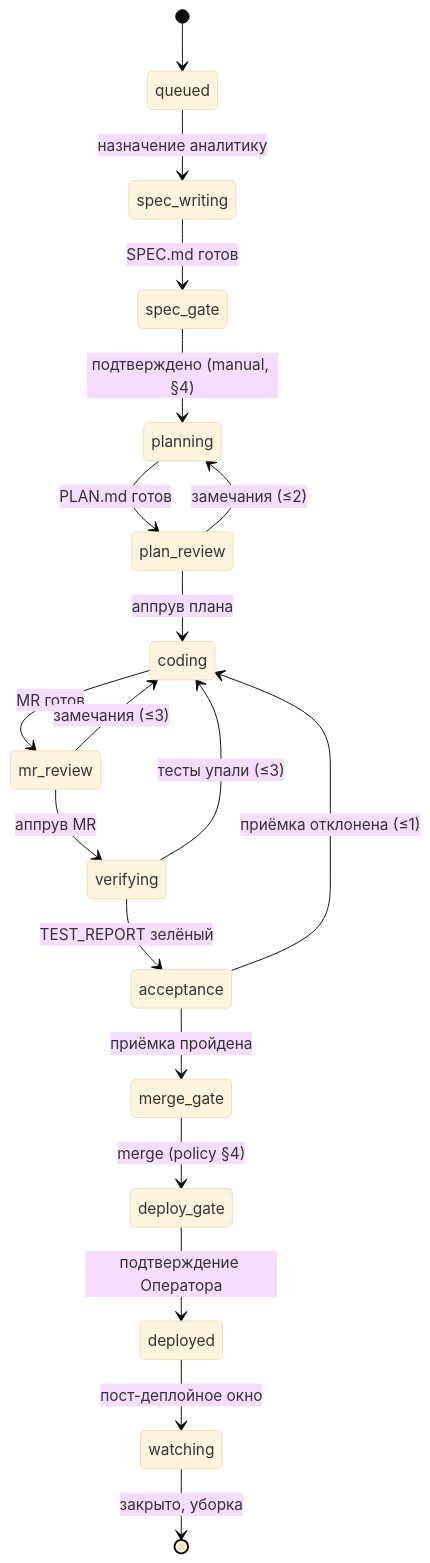
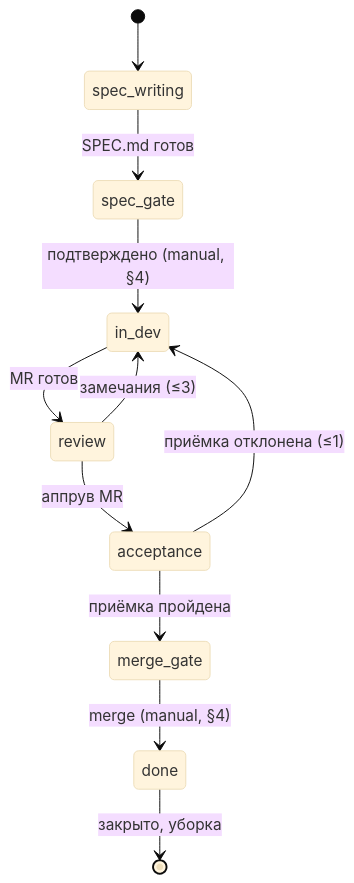
Before and after one commit to sidorenkoalex/artel: the first of 2 diagrams in docs/design.md, drawn with Mermaid (base theme). The commit also changed other lines of this file and 11 other files, not shown here.

````diff
--- a/docs/design.md
+++ b/docs/design.md
@@ -382,21 +377,13 @@
 ```mermaid
 stateDiagram-v2
-    [*] --> queued
-    queued --> spec_writing: назначение аналитику
+    [*] --> spec_writing
     spec_writing --> spec_gate: SPEC.md готов
-    spec_gate --> planning: подтверждено (manual, §4)
-    planning --> plan_review: PLAN.md готов
-    plan_review --> planning: замечания (≤2)
-    plan_review --> coding: аппрув плана
-    coding --> mr_review: MR готов
-    mr_review --> coding: замечания (≤3)
-    mr_review --> verifying: аппрув MR
-    verifying --> coding: тесты упали (≤3)
-    verifying --> acceptance: TEST_REPORT зелёный
-    acceptance --> coding: приёмка отклонена (≤1)
+    spec_gate --> in_dev: подтверждено (manual, §4)
+    in_dev --> review: MR готов
+    review --> in_dev: замечания (≤3)
+    review --> acceptance: аппрув MR
+    acceptance --> in_dev: приёмка отклонена (≤1)
     acceptance --> merge_gate: приёмка пройдена
-    merge_gate --> deploy_gate: merge (policy §4)
-    deploy_gate --> deployed: подтверждение Оператора
-    deployed --> watching: пост-деплойное окно
-    watching --> [*]: закрыто, уборка
+    merge_gate --> done: merge (manual, §4)
+    done --> [*]: закрыто, уборка
 ```
````
